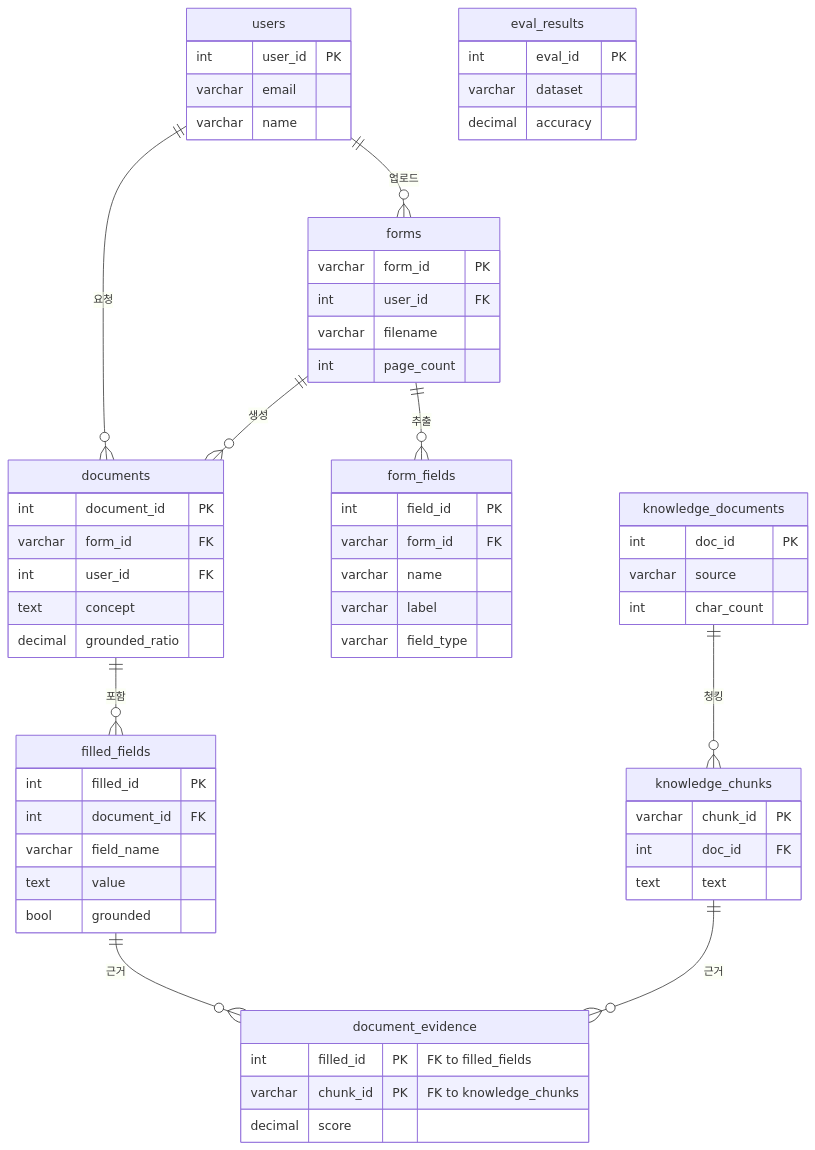
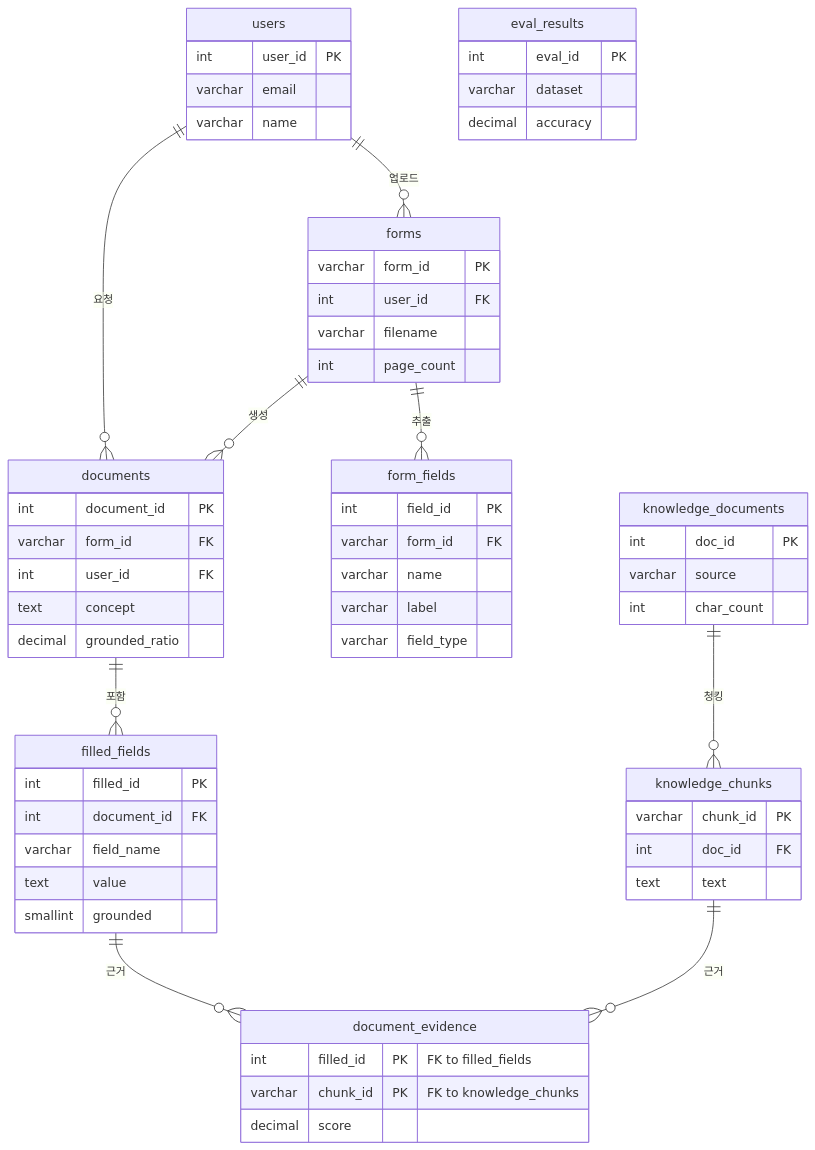
Before and after one commit to car216999/PDF_auto_maker: the diagram in docs/데이터베이스요구사항분석서.md, drawn with Mermaid. The commit also changed other lines of this file and 4 other files, not shown here.

````diff
--- a/docs/데이터베이스요구사항분석서.md
+++ b/docs/데이터베이스요구사항분석서.md
@@ -46,64 +46,64 @@
 ```mermaid
 erDiagram
     users ||--o{ forms : "업로드"
     users ||--o{ documents : "요청"
     forms ||--o{ form_fields : "추출"
     forms ||--o{ documents : "생성"
     documents ||--o{ filled_fields : "포함"
     knowledge_documents ||--o{ knowledge_chunks : "청킹"
     filled_fields ||--o{ document_evidence : "근거"
     knowledge_chunks ||--o{ document_evidence : "근거"
 
     users {
         int user_id PK
         varchar email
         varchar name
     }
     forms {
         varchar form_id PK
         int user_id FK
         varchar filename
         int page_count
     }
     form_fields {
         int field_id PK
         varchar form_id FK
         varchar name
         varchar label
         varchar field_type
     }
     knowledge_documents {
         int doc_id PK
         varchar source
         int char_count
     }
     knowledge_chunks {
         varchar chunk_id PK
         int doc_id FK
         text text
     }
     documents {
         int document_id PK
         varchar form_id FK
         int user_id FK
         text concept
         decimal grounded_ratio
     }
     filled_fields {
         int filled_id PK
         int document_id FK
         varchar field_name
         text value
-        bool grounded
+        smallint grounded
     }
     document_evidence {
         int filled_id PK "FK to filled_fields"
         varchar chunk_id PK "FK to knowledge_chunks"
         decimal score
     }
     eval_results {
         int eval_id PK
         varchar dataset
         decimal accuracy
     }
 ```
````
